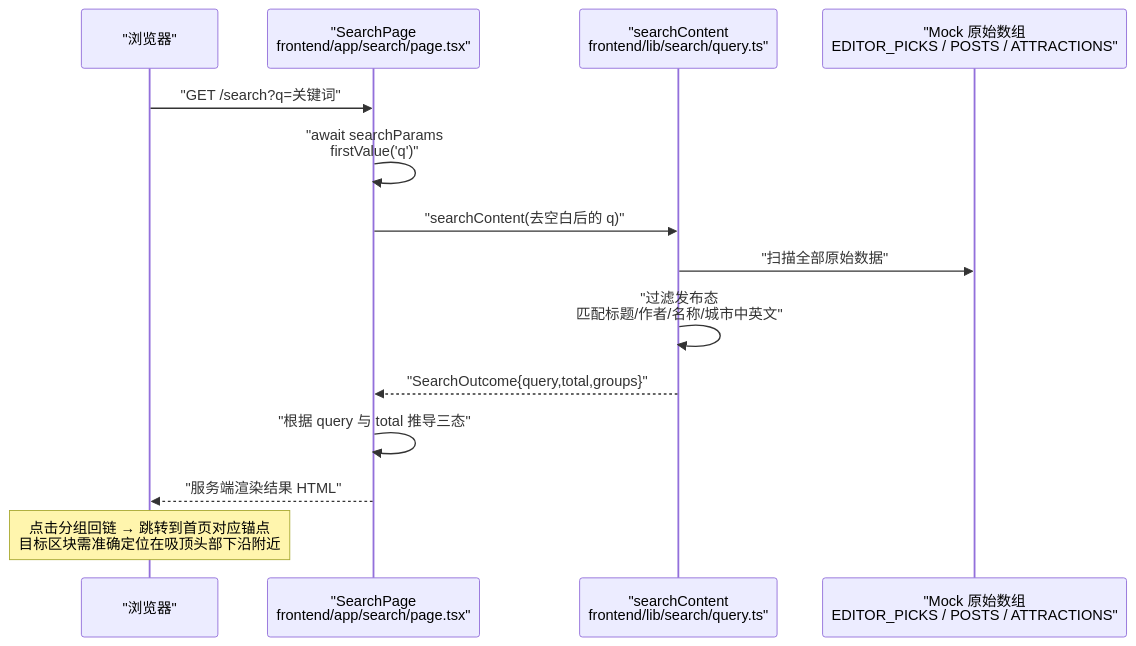
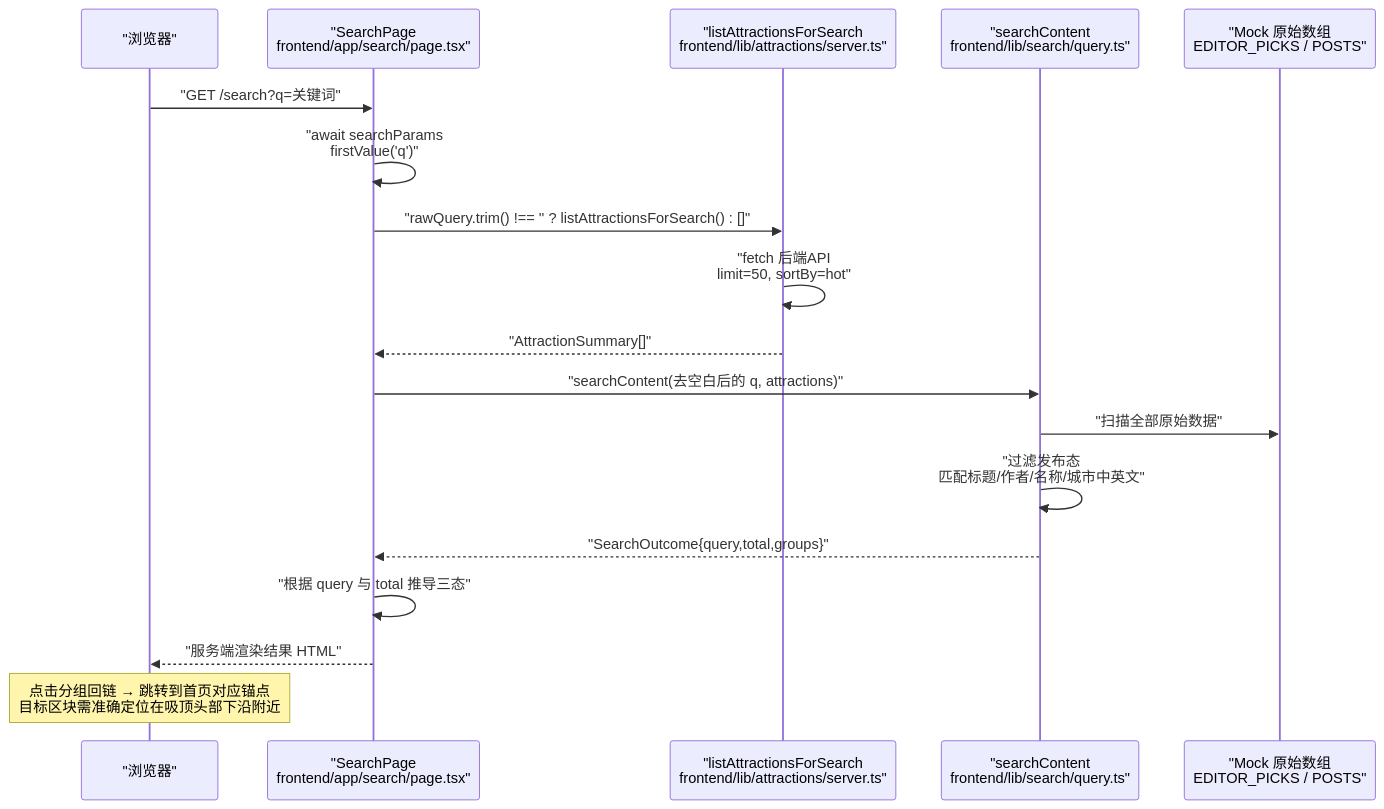
Before and after one commit to luyitiger6/my-first-project: the second of 8 diagrams in .qoder/repowiki/zh/content/规格驱动开发/WanderChain 首页规格文档/WanderChain 搜索页面规格.md, drawn with Mermaid. The commit also changed other lines of this file and 36 other files, not shown here.

````diff
--- a/.qoder/repowiki/zh/content/规格驱动开发/WanderChain 首页规格文档/WanderChain 搜索页面规格.md
+++ b/.qoder/repowiki/zh/content/规格驱动开发/WanderChain 首页规格文档/WanderChain 搜索页面规格.md
@@ -113,16 +116,20 @@
 ```mermaid
 sequenceDiagram
 participant Browser as "浏览器"
 participant Page as "SearchPage<br/>frontend/app/search/page.tsx"
+participant Server as "listAttractionsForSearch<br/>frontend/lib/attractions/server.ts"
 participant Query as "searchContent<br/>frontend/lib/search/query.ts"
-participant Data as "Mock 原始数组<br/>EDITOR_PICKS / POSTS / ATTRACTIONS"
+participant Data as "Mock 原始数组<br/>EDITOR_PICKS / POSTS"
 Browser->>Page : "GET /search?q=关键词"
 Page->>Page : "await searchParams<br/>firstValue('q')"
-Page->>Query : "searchContent(去空白后的 q)"
+Page->>Server : "rawQuery.trim() !== '' ? listAttractionsForSearch() : []"
+Server->>Server : "fetch 后端API<br/>limit=50, sortBy=hot"
+Server-->>Page : "AttractionSummary[]"
+Page->>Query : "searchContent(去空白后的 q, attractions)"
 Query->>Data : "扫描全部原始数据"
 Query->>Query : "过滤发布态<br/>匹配标题/作者/名称/城市中英文"
 Query-->>Page : "SearchOutcome{query,total,groups}"
 Page->>Page : "根据 query 与 total 推导三态"
 Page-->>Browser : "服务端渲染结果 HTML"
 Note over Browser : 点击分组回链 → 跳转到首页对应锚点<br/>目标区块需准确定位在吸顶头部下沿附近
 ```
````
